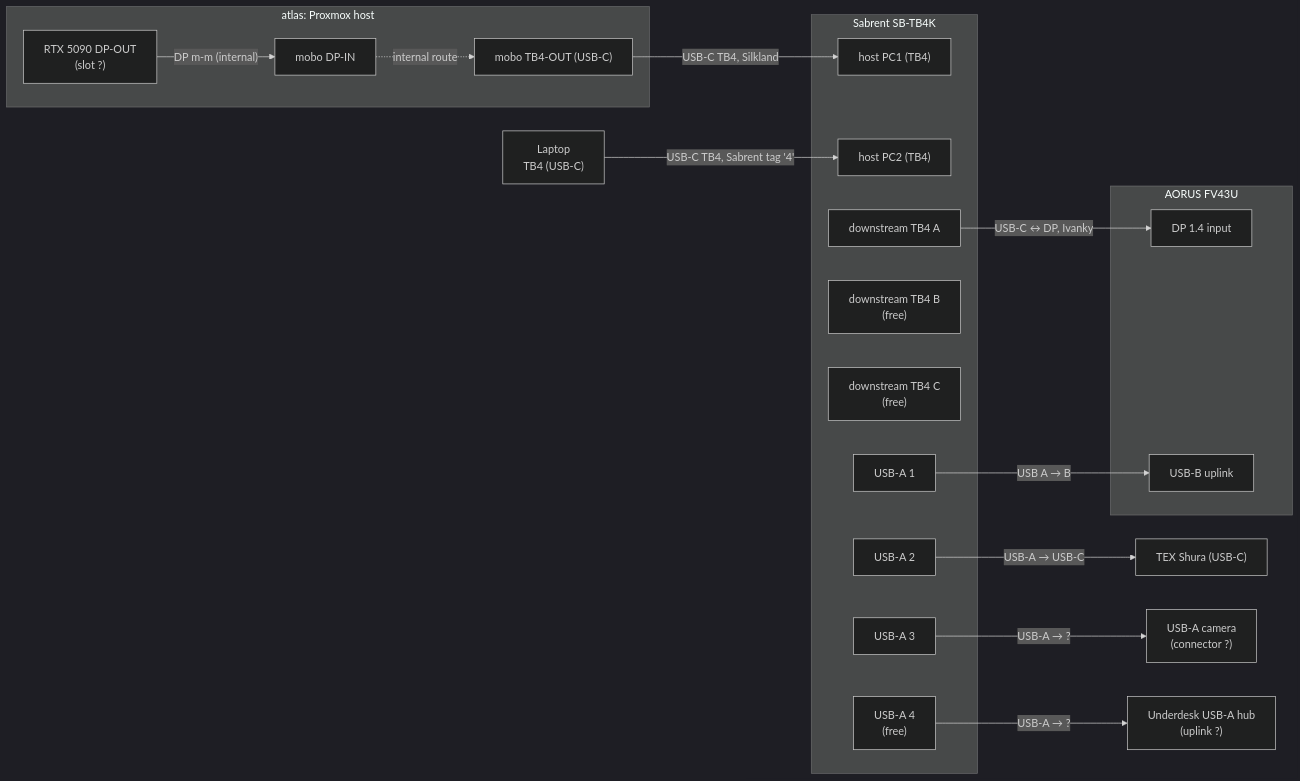
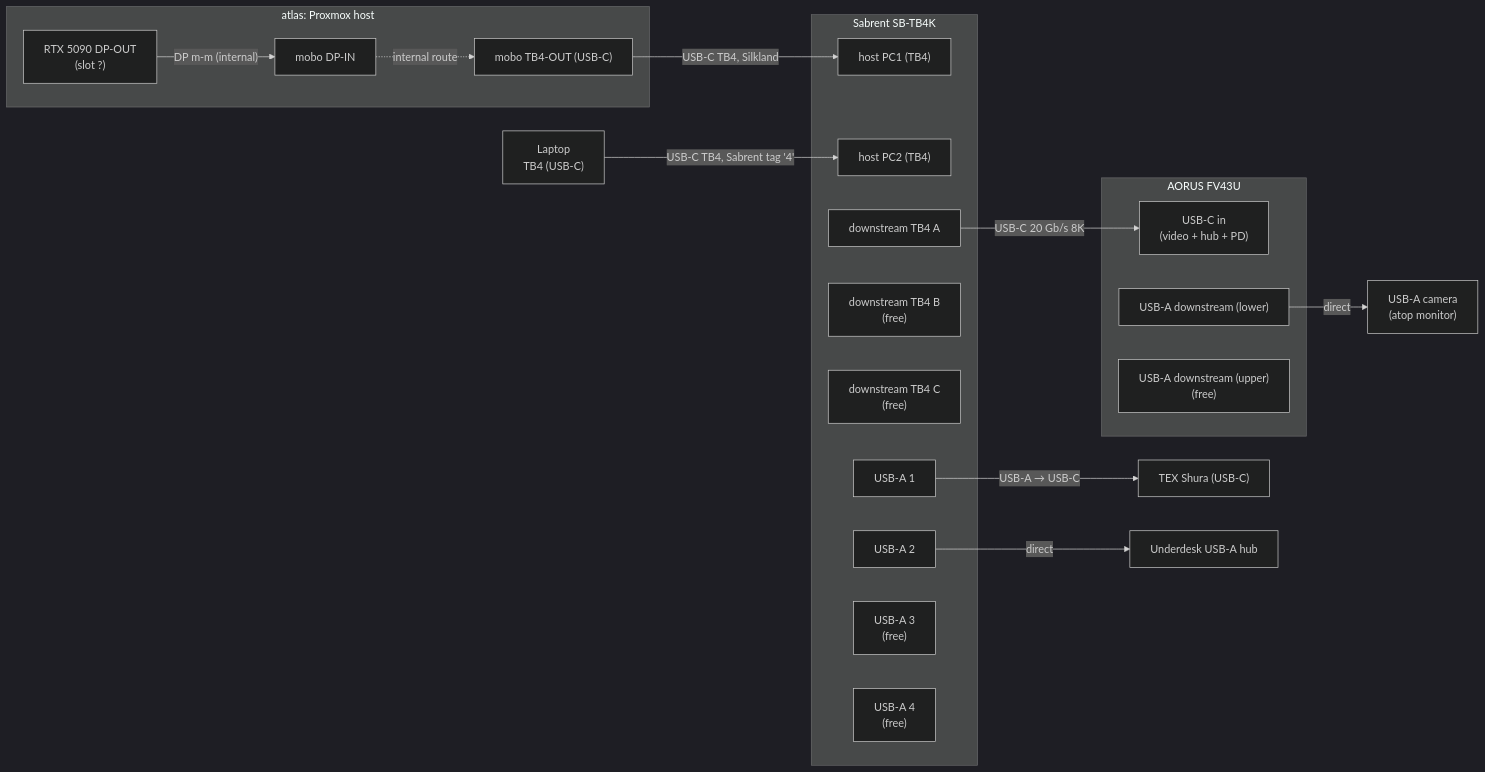
Before and after one commit to agentydragon/ducktape: the diagram in desk/README.md, drawn with Mermaid (dark theme). The commit also changed other lines of this file, not shown here.

First line of the commit message:
desk: camera atop monitor on FV43U lower USB-A; diagram is now Plan A

````diff
--- a/desk/README.md
+++ b/desk/README.md
@@ -54,42 +54,42 @@
 ```mermaid
 flowchart LR
     subgraph atlas[atlas: Proxmox host]
         atlas_gpu["RTX 5090 DP-OUT<br/>(slot ?)"]
         atlas_mobo_dp["mobo DP-IN"]
         atlas_mobo_tb["mobo TB4-OUT (USB-C)"]
         atlas_gpu -- "DP m-m (internal)" --> atlas_mobo_dp
         atlas_mobo_dp -. internal route .-> atlas_mobo_tb
     end
 
     laptop["Laptop<br/>TB4 (USB-C)"]
 
     subgraph kvm[Sabrent SB-TB4K]
         kvm_pc1["host PC1 (TB4)"]
         kvm_pc2["host PC2 (TB4)"]
         kvm_tb_a["downstream TB4 A"]
         kvm_tb_b["downstream TB4 B<br/>(free)"]
         kvm_tb_c["downstream TB4 C<br/>(free)"]
         kvm_usba1["USB-A 1"]
         kvm_usba2["USB-A 2"]
-        kvm_usba3["USB-A 3"]
+        kvm_usba3["USB-A 3<br/>(free)"]
         kvm_usba4["USB-A 4<br/>(free)"]
     end
 
     subgraph mon[AORUS FV43U]
-        mon_dp["DP 1.4 input"]
-        mon_usbb["USB-B uplink"]
+        mon_usbc["USB-C in<br/>(video + hub + PD)"]
+        mon_usba_lo["USB-A downstream (lower)"]
+        mon_usba_hi["USB-A downstream (upper)<br/>(free)"]
     end
 
     kbd["TEX Shura (USB-C)"]
-    cam["USB-A camera<br/>(connector ?)"]
-    hub["Underdesk USB-A hub<br/>(uplink ?)"]
+    cam["USB-A camera<br/>(atop monitor)"]
+    hub["Underdesk USB-A hub"]
 
     atlas_mobo_tb -- "USB-C TB4, Silkland" --> kvm_pc1
     laptop        -- "USB-C TB4, Sabrent tag '4'" --> kvm_pc2
 
-    kvm_tb_a  -- "USB-C ↔ DP, Ivanky" --> mon_dp
-    kvm_usba1 -- "USB A → B" --> mon_usbb
-    kvm_usba2 -- "USB-A → USB-C" --> kbd
-    kvm_usba3 -- "USB-A → ?" --> cam
-    kvm_usba4 -- "USB-A → ?" --> hub
+    kvm_tb_a    -- "USB-C 20 Gb/s 8K" --> mon_usbc
+    kvm_usba1   -- "USB-A → USB-C" --> kbd
+    kvm_usba2   -- "direct" --> hub
+    mon_usba_lo -- "direct" --> cam
 ```
````
